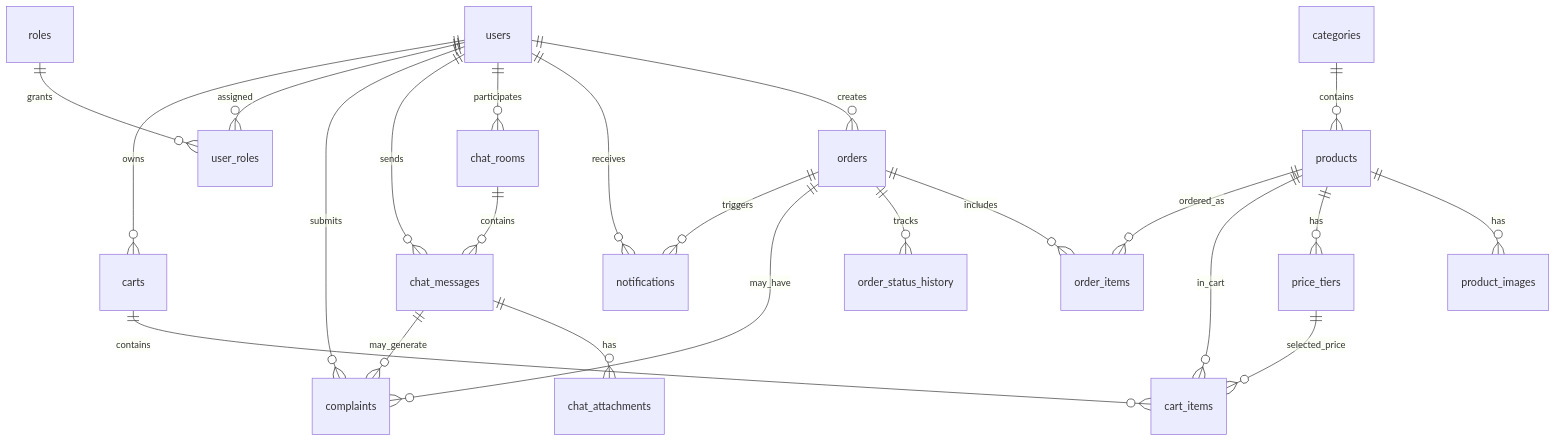
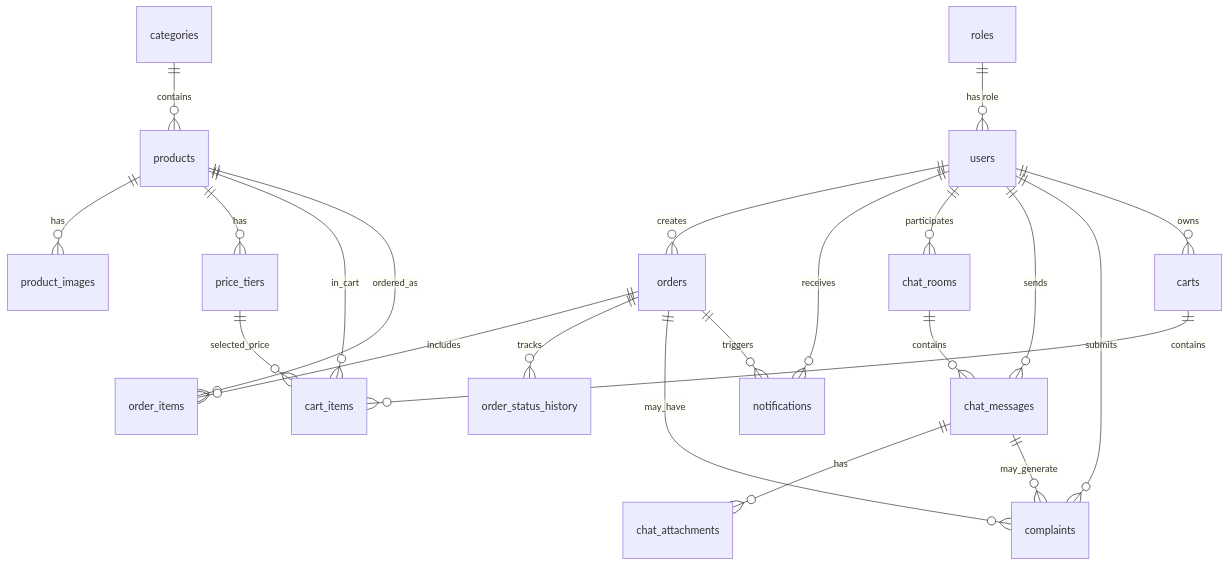
One commit to ToanAltF4/Marine-Link-App changed the diagram in docs/MarineLink_Supabase_DB_Design.md. Above: the diagram before and after it, drawn with Mermaid. The commit also changed other lines of this file and 6 other files, not shown here.

Commit message:
docs: Cap nhat toan bo tai lieu va file docx v3 loai bo bang user_roles, dung role_id truc tiep trong users

````diff
--- a/docs/MarineLink_Supabase_DB_Design.md
+++ b/docs/MarineLink_Supabase_DB_Design.md
@@ -35,25 +35,24 @@
 ```mermaid
 erDiagram
     users ||--o{ orders : creates
     users ||--o{ notifications : receives
     users ||--o{ chat_rooms : participates
     users ||--o{ chat_messages : sends
     users ||--o{ complaints : submits
-    users ||--o{ user_roles : assigned
     users ||--o{ carts : owns
-    roles ||--o{ user_roles : grants
+    roles ||--o{ users : "has role"
     categories ||--o{ products : contains
     products ||--o{ product_images : has
     products ||--o{ price_tiers : has
     products ||--o{ cart_items : in_cart
     products ||--o{ order_items : ordered_as
     price_tiers ||--o{ cart_items : selected_price
     carts ||--o{ cart_items : contains
     orders ||--o{ order_items : includes
     orders ||--o{ order_status_history : tracks
     orders ||--o{ complaints : may_have
     orders ||--o{ notifications : triggers
     chat_rooms ||--o{ chat_messages : contains
     chat_messages ||--o{ chat_attachments : has
     chat_messages ||--o{ complaints : may_generate
 ```
````
